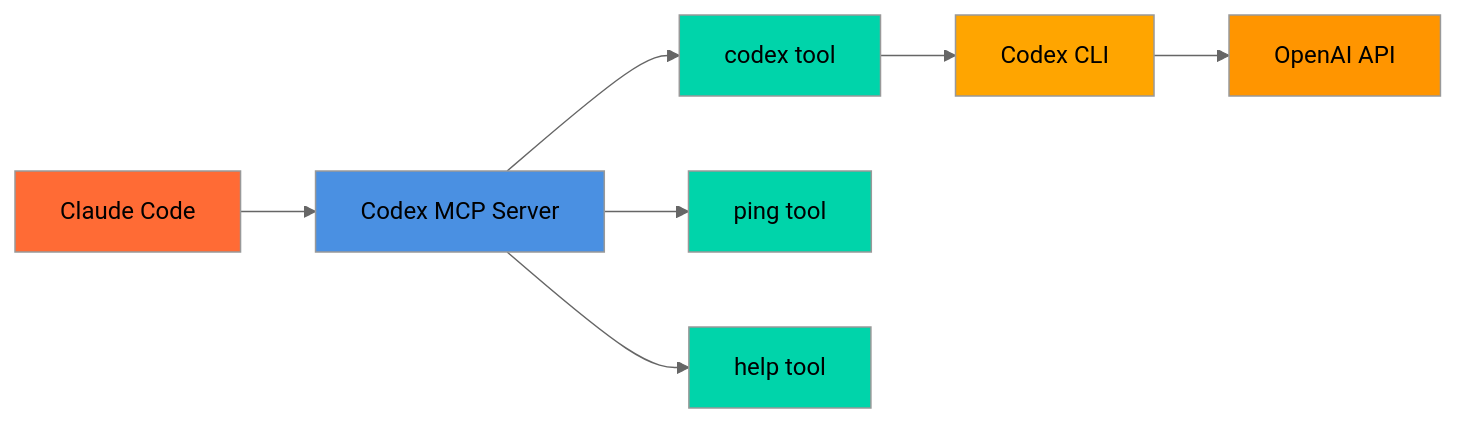
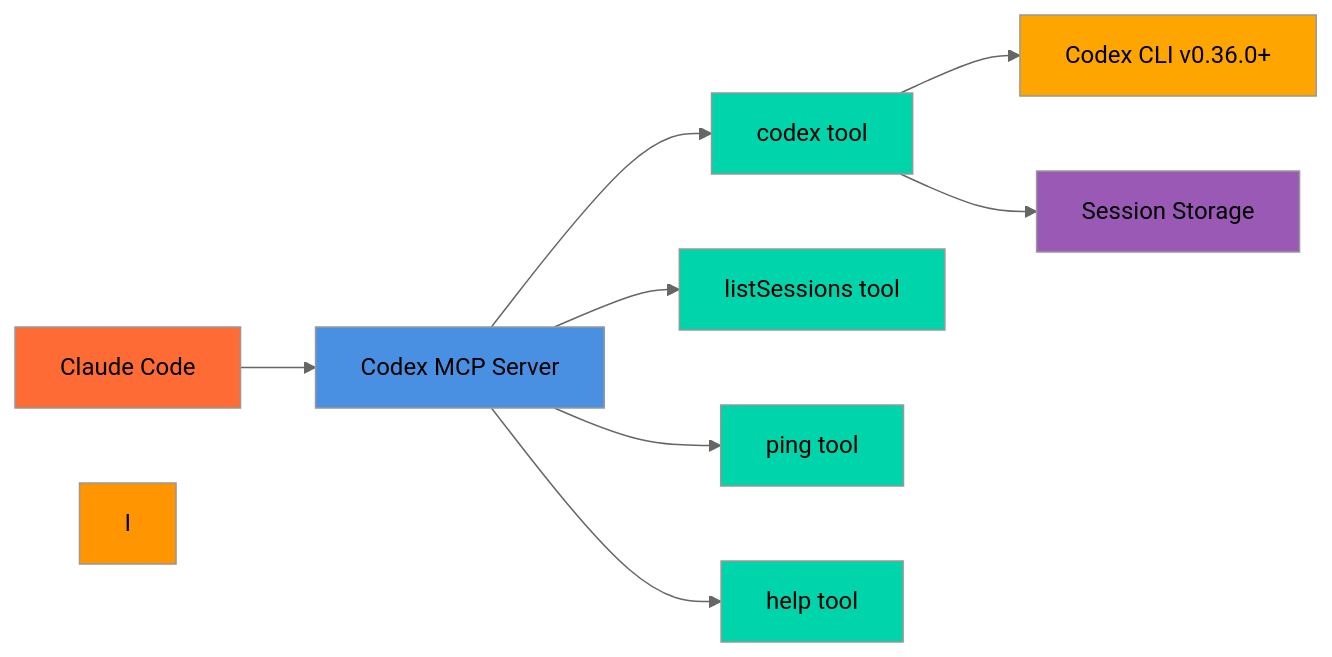
The diagram in README.md (tuannvm/codex-mcp-server), drawn with Mermaid (neutral theme) before and after one commit. The commit also changed other lines of this file and 15 other files, not shown here.

````diff
--- a/README.md
+++ b/README.md
@@ -5,19 +5,22 @@
 ```mermaid
 graph LR
     A[Claude Code] --> B[Codex MCP Server]
-    
+
     B --> C[codex tool]
-    B --> D[ping tool] 
-    B --> E[help tool]
-    
-    C --> F[Codex CLI]
-    F --> G[OpenAI API]
-    
+    B --> D[listSessions tool]
+    B --> E[ping tool]
+    B --> F[help tool]
+
+    C --> G[Codex CLI v0.36.0+]
+    C --> H[Session Storage]
+
     style A fill:#FF6B35
     style B fill:#4A90E2
     style C fill:#00D4AA
     style D fill:#00D4AA
     style E fill:#00D4AA
-    style F fill:#FFA500
-    style G fill:#FF9500
+    style F fill:#00D4AA
+    style G fill:#FFA500
+    style H fill:#9B59B6
+    style I fill:#FF9500
 ```
````
